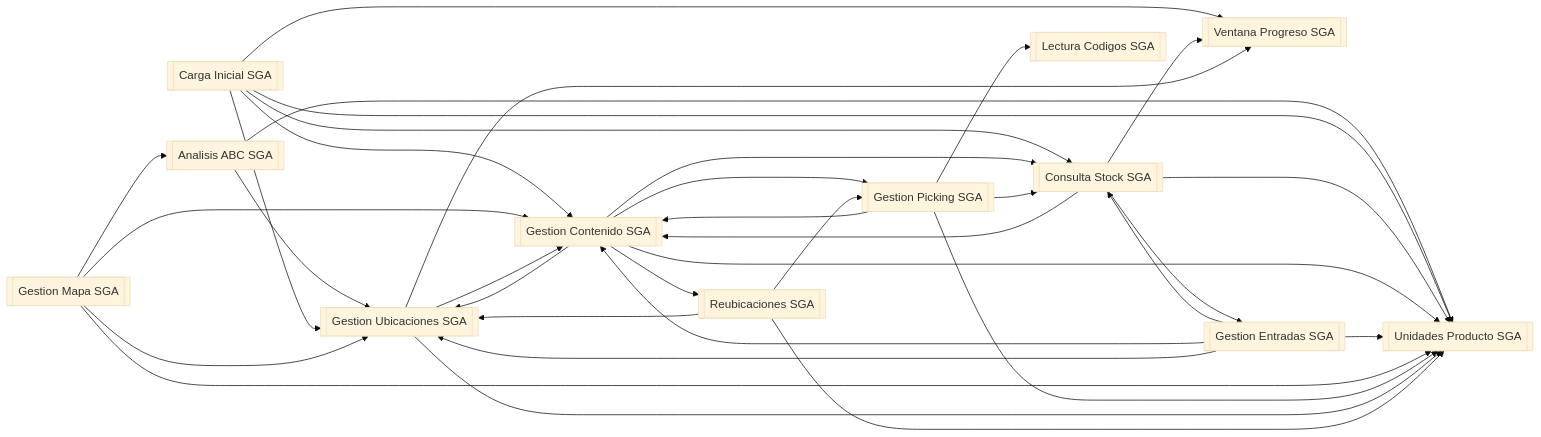
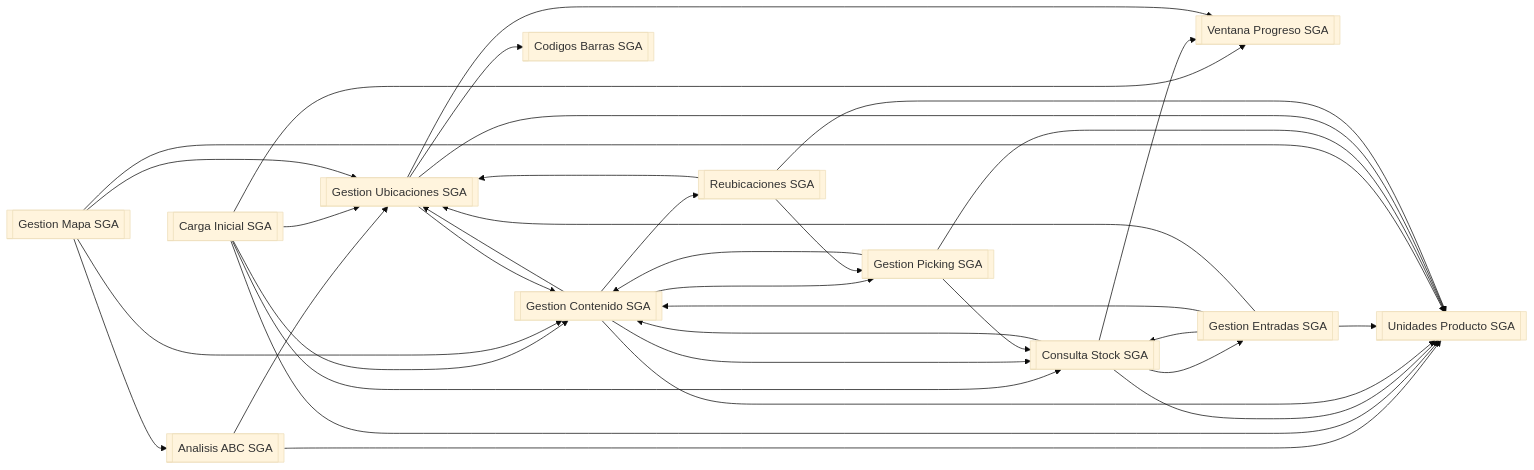
Before and after one commit to fran-dev73/SGA-BC: the diagram in Otros/MAPA_LLAMADAS.md, drawn with Mermaid (base theme). The commit also changed other lines of this file and 56 other files, not shown here.

````diff
--- a/Otros/MAPA_LLAMADAS.md
+++ b/Otros/MAPA_LLAMADAS.md
@@ -11,49 +11,49 @@
 ```mermaid
 flowchart LR
     n1[["Analisis ABC SGA"]]
-    n8[["Gestion Ubicaciones SGA"]]
+    n9[["Gestion Ubicaciones SGA"]]
     n11[["Unidades Producto SGA"]]
     n2[["Carga Inicial SGA"]]
-    n3[["Consulta Stock SGA"]]
-    n4[["Gestion Contenido SGA"]]
+    n4[["Consulta Stock SGA"]]
+    n5[["Gestion Contenido SGA"]]
     n12[["Ventana Progreso SGA"]]
-    n5[["Gestion Entradas SGA"]]
-    n7[["Gestion Picking SGA"]]
+    n6[["Gestion Entradas SGA"]]
+    n8[["Gestion Picking SGA"]]
     n10[["Reubicaciones SGA"]]
-    n6[["Gestion Mapa SGA"]]
-    n9[["Lectura Codigos SGA"]]
-    n1 --> n8
+    n7[["Gestion Mapa SGA"]]
+    n3[["Codigos Barras SGA"]]
+    n1 --> n9
     n1 --> n11
-    n2 --> n3
     n2 --> n4
-    n2 --> n8
+    n2 --> n5
+    n2 --> n9
     n2 --> n11
     n2 --> n12
-    n3 --> n4
-    n3 --> n5
-    n3 --> n11
-    n3 --> n12
-    n4 --> n3
-    n4 --> n7
-    n4 --> n8
-    n4 --> n10
+    n4 --> n5
+    n4 --> n6
     n4 --> n11
-    n5 --> n3
+    n4 --> n12
     n5 --> n4
     n5 --> n8
+    n5 --> n9
+    n5 --> n10
     n5 --> n11
-    n6 --> n1
     n6 --> n4
-    n6 --> n8
+    n6 --> n5
+    n6 --> n9
     n6 --> n11
-    n7 --> n3
-    n7 --> n4
+    n7 --> n1
+    n7 --> n5
     n7 --> n9
     n7 --> n11
     n8 --> n4
+    n8 --> n5
     n8 --> n11
-    n8 --> n12
-    n10 --> n7
+    n9 --> n3
+    n9 --> n5
+    n9 --> n11
+    n9 --> n12
     n10 --> n8
+    n10 --> n9
     n10 --> n11
 ```
````
